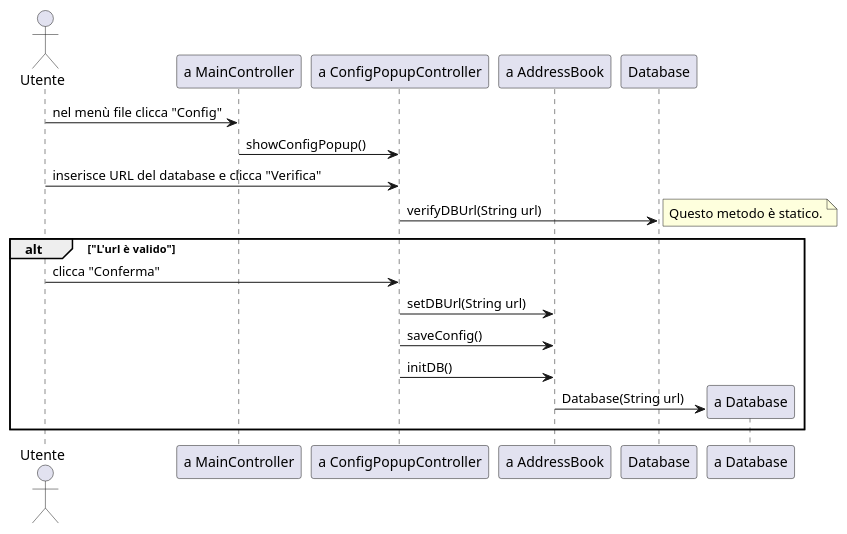
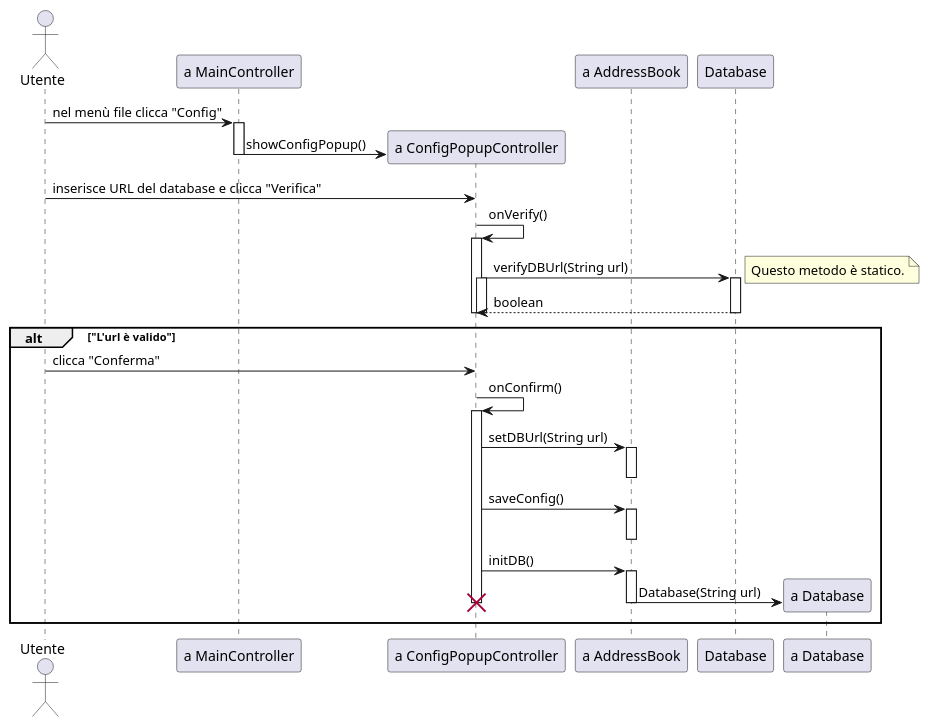
The diagram in documenti/diagrammaSequenzaAggiuntaDB.puml (savaava/ProgettoRubrica), drawn with PlantUML before and after one commit.

Commit message:
Completato diagrammaSequenzaAggiuntaDB

```diff
--- a/documenti/diagrammaSequenzaAggiuntaDB.puml
+++ b/documenti/diagrammaSequenzaAggiuntaDB.puml
@@ -1,23 +1,43 @@
 @startuml Aggiunta Database
 actor Utente as u
 participant "a MainController" as mc
 participant "a ConfigPopupController" as cpc
 participant "a AddressBook" as ab
 participant "Database" as sd
 participant "a Database" as d
 
 u -> mc : nel menù file clicca "Config"
-mc -> cpc : showConfigPopup()
+activate mc
+mc -> cpc ** : showConfigPopup()
+deactivate mc
 u -> cpc : inserisce URL del database e clicca "Verifica"
+cpc -> cpc : onVerify()
+activate cpc
 cpc -> sd : verifyDBUrl(String url)
 note right
     Questo metodo è statico.
 end note
+activate cpc
+activate sd
+sd --> cpc : boolean
+deactivate sd
+deactivate cpc
+deactivate cpc
 alt "L'url è valido"
     u -> cpc : clicca "Conferma"
+    cpc -> cpc : onConfirm()
+    activate cpc
     cpc -> ab : setDBUrl(String url)
+    activate ab
+    deactivate ab
     cpc -> ab : saveConfig()
+    activate ab
+    deactivate ab
     cpc -> ab : initDB()
+    activate ab
     ab -> d ** : Database(String url)
+    deactivate ab
+    deactivate cpc
+    destroy cpc
 end
 @enduml
```
